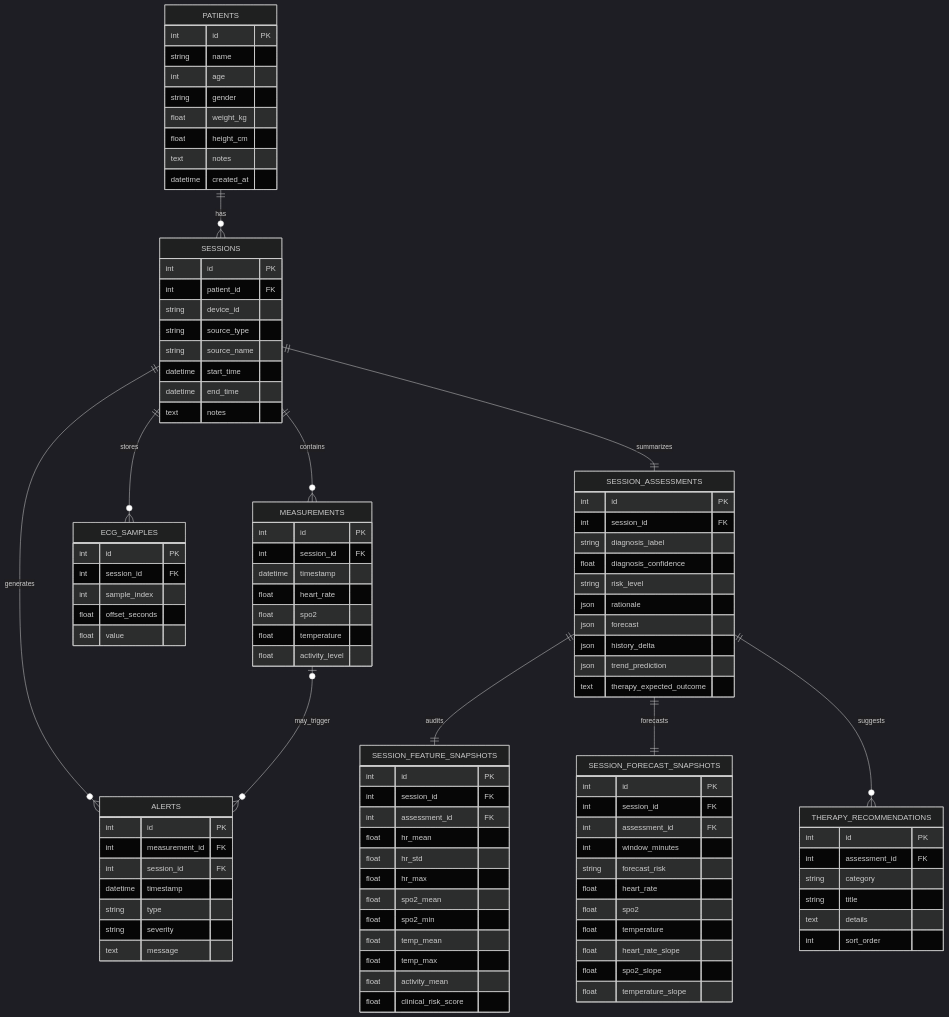
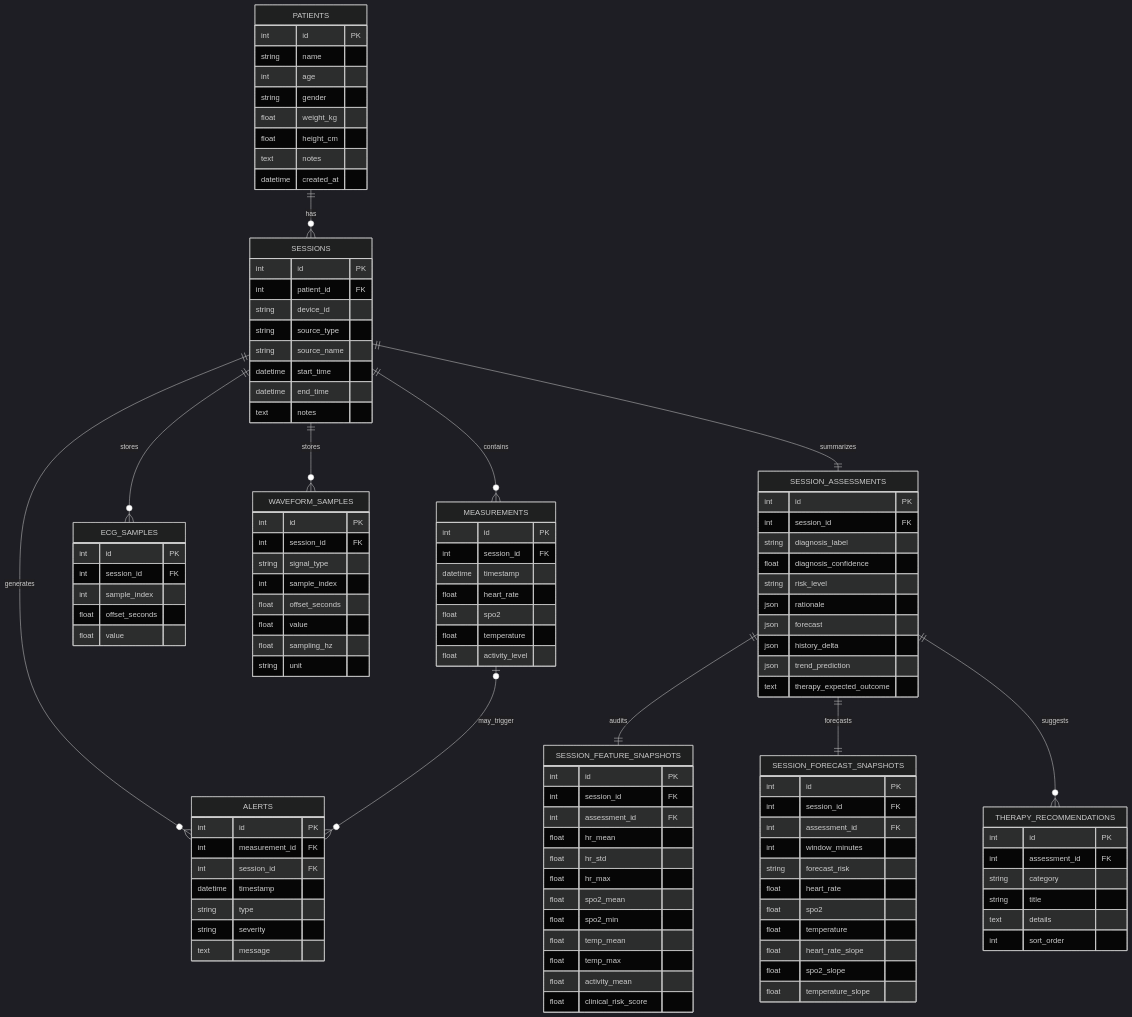
One commit to lucadagati/Lab_Fondamenti_di_Informatica_25_26 changed the third of 4 diagrams in Progetto_Biomed/README.md. Above: the diagram before and after it, drawn with Mermaid (dark theme). The commit also changed other lines of this file and 18 other files, not shown here.

```diff
--- a/Progetto_Biomed/README.md
+++ b/Progetto_Biomed/README.md
@@ -104,6 +104,7 @@
       SESSIONS ||--o{ MEASUREMENTS : contains
       SESSIONS ||--o{ ALERTS : generates
       SESSIONS ||--o{ ECG_SAMPLES : stores
+      SESSIONS ||--o{ WAVEFORM_SAMPLES : stores
       SESSIONS ||--|| SESSION_ASSESSMENTS : summarizes
       SESSION_ASSESSMENTS ||--|| SESSION_FEATURE_SNAPSHOTS : audits
       SESSION_ASSESSMENTS ||--|| SESSION_FORECAST_SNAPSHOTS : forecasts
@@ -160,6 +161,17 @@
             float value
       }
 
+      WAVEFORM_SAMPLES {
+            int id PK
+            int session_id FK
+            string signal_type
+            int sample_index
+            float offset_seconds
+            float value
+            float sampling_hz
+            string unit
+      }
+
       SESSION_ASSESSMENTS {
             int id PK
             int session_id FK
```
